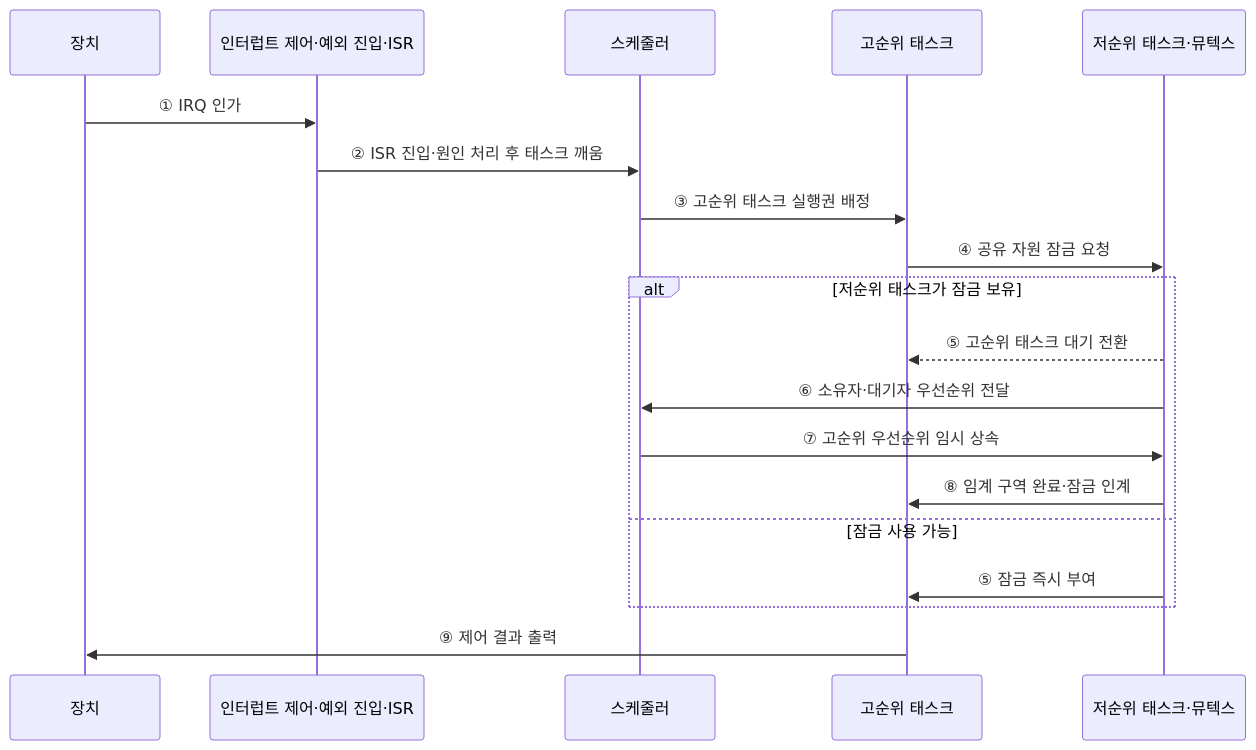
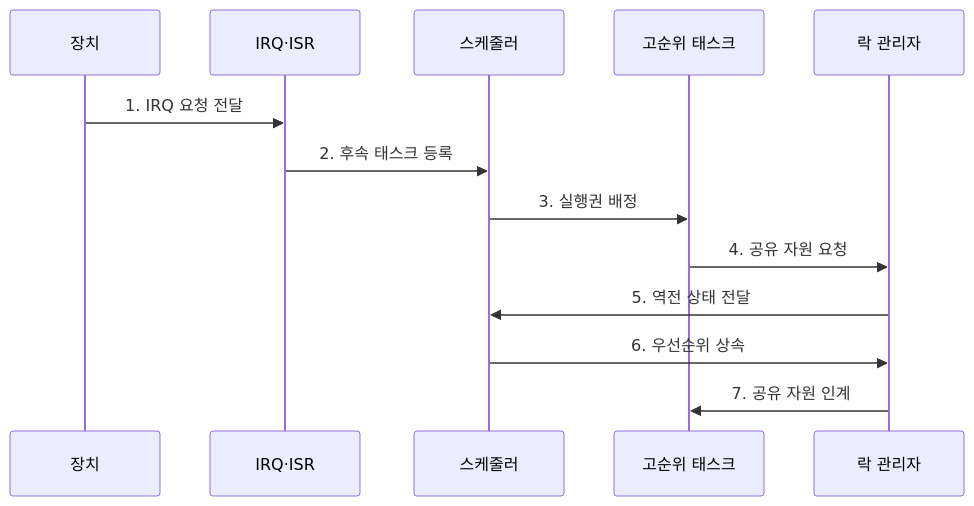
The second of 2 diagrams in src/content/docs/notes/02-hardware/063_interrupt_latency_priority_inversion.md (agnusdei1207/knowledge-base), drawn with Mermaid before and after one commit. The commit also changed other lines of this file and 20 other files, not shown here.

````diff
--- a/src/content/docs/notes/02-hardware/063_interrupt_latency_priority_inversion.md
+++ b/src/content/docs/notes/02-hardware/063_interrupt_latency_priority_inversion.md
@@ -77,22 +85,16 @@
 ```mermaid
 sequenceDiagram
     participant D as 장치
-    participant I as 인터럽트 제어·예외 진입·ISR
+    participant I as IRQ·ISR
     participant S as 스케줄러
     participant H as 고순위 태스크
-    participant L as 저순위 태스크·뮤텍스
+    participant L as 락 관리자
 
-    D->>I: ① IRQ 인가
-    I->>S: ② ISR 진입·원인 처리 후 태스크 깨움
-    S->>H: ③ 고순위 태스크 실행권 배정
-    H->>L: ④ 공유 자원 잠금 요청
-    alt 저순위 태스크가 잠금 보유
-        L-->>H: ⑤ 고순위 태스크 대기 전환
-        L->>S: ⑥ 소유자·대기자 우선순위 전달
-        S->>L: ⑦ 고순위 우선순위 임시 상속
-        L->>H: ⑧ 임계 구역 완료·잠금 인계
-    else 잠금 사용 가능
-        L->>H: ⑤ 잠금 즉시 부여
-    end
-    H->>D: ⑨ 제어 결과 출력
+    D->>I: 1. IRQ 요청 전달
+    I->>S: 2. 후속 태스크 등록
+    S->>H: 3. 실행권 배정
+    H->>L: 4. 공유 자원 요청
+    L->>S: 5. 역전 상태 전달
+    S->>L: 6. 우선순위 상속
+    L->>H: 7. 공유 자원 인계
 ```
````
